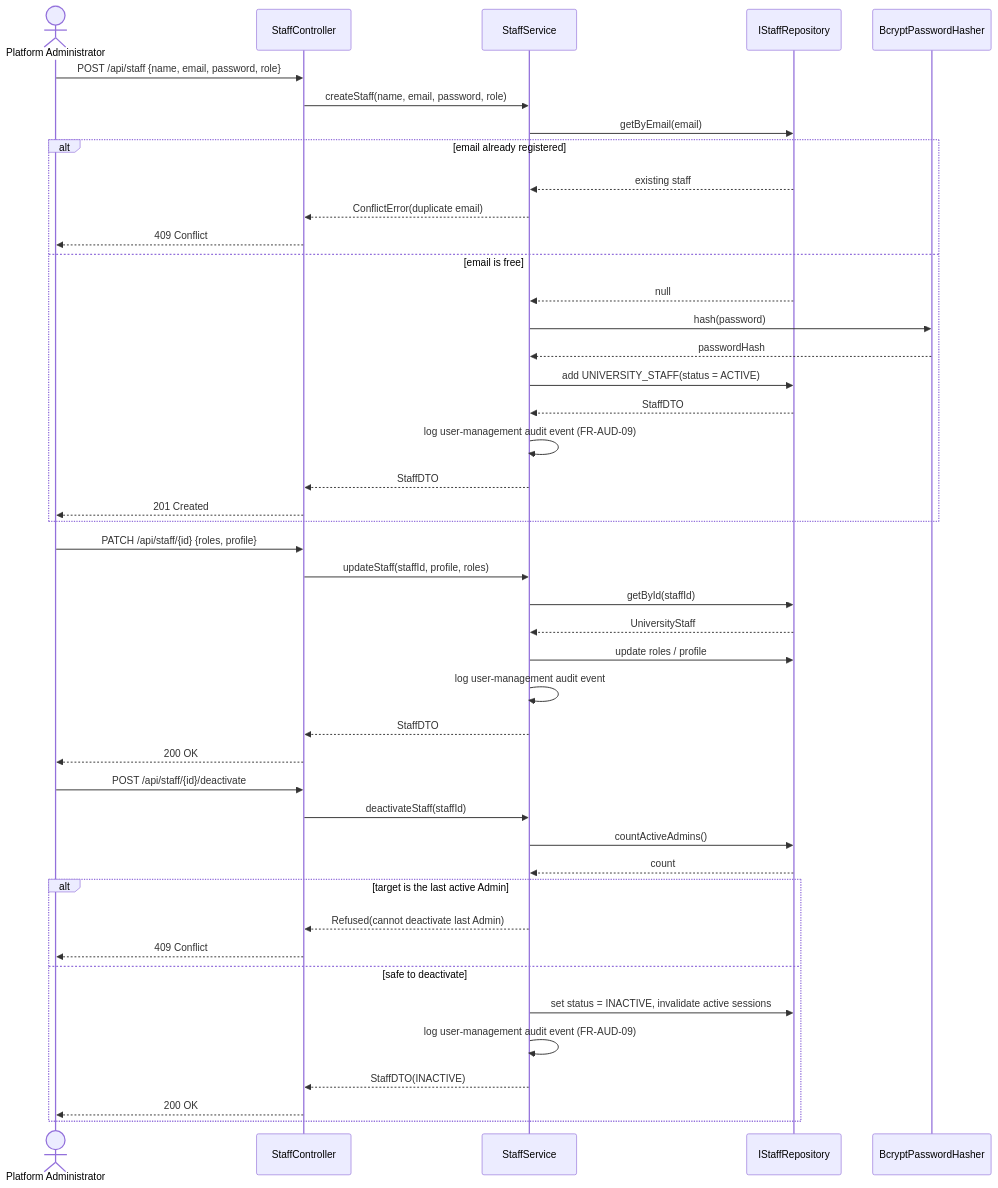
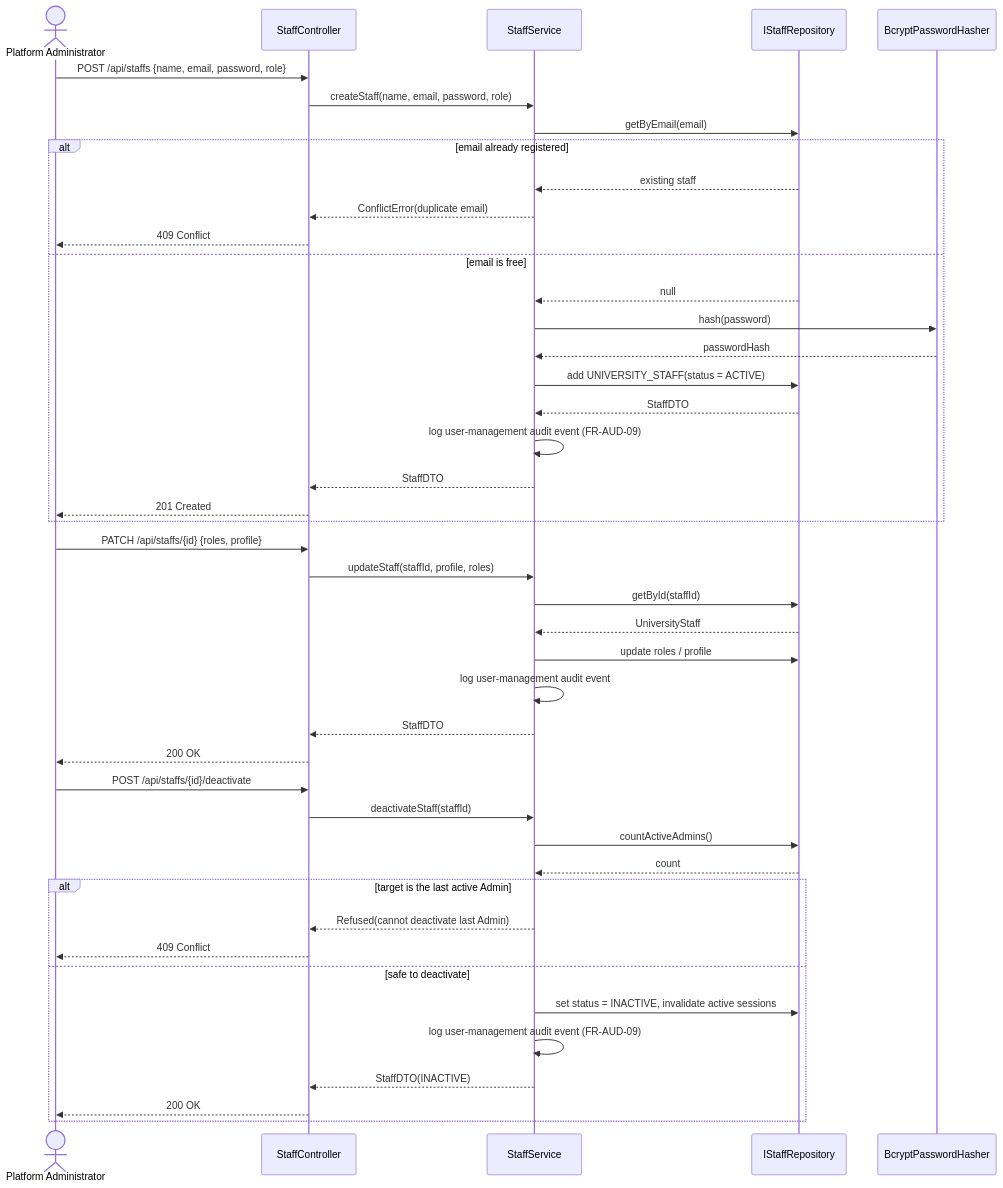
Before and after one commit to huypengin/UniDipVeri: diagram 14 of 15 in docs/03-design/Sequence_Diagram.md, drawn with Mermaid. The commit also changed other lines of this file and 5 other files, not shown here.

First line of the commit message:
refactor(api): rename staff endpoints to plural and split login per role

````diff
--- a/docs/03-design/Sequence_Diagram.md
+++ b/docs/03-design/Sequence_Diagram.md
@@ -586,51 +586,51 @@
 ```mermaid
 sequenceDiagram
     actor Admin as Platform Administrator
     participant SC as StaffController
     participant SS as StaffService
     participant Repo as IStaffRepository
     participant PH as BcryptPasswordHasher
 
-    Admin->>SC: POST /api/staff {name, email, password, role}
+    Admin->>SC: POST /api/staffs {name, email, password, role}
     SC->>SS: createStaff(name, email, password, role)
     SS->>Repo: getByEmail(email)
 
     alt email already registered
         Repo-->>SS: existing staff
         SS-->>SC: ConflictError(duplicate email)
         SC-->>Admin: 409 Conflict
     else email is free
         Repo-->>SS: null
         SS->>PH: hash(password)
         PH-->>SS: passwordHash
         SS->>Repo: add UNIVERSITY_STAFF(status = ACTIVE)
         Repo-->>SS: StaffDTO
         SS->>SS: log user-management audit event (FR-AUD-09)
         SS-->>SC: StaffDTO
         SC-->>Admin: 201 Created
     end
 
-    Admin->>SC: PATCH /api/staff/{id} {roles, profile}
+    Admin->>SC: PATCH /api/staffs/{id} {roles, profile}
     SC->>SS: updateStaff(staffId, profile, roles)
     SS->>Repo: getById(staffId)
     Repo-->>SS: UniversityStaff
     SS->>Repo: update roles / profile
     SS->>SS: log user-management audit event
     SS-->>SC: StaffDTO
     SC-->>Admin: 200 OK
 
-    Admin->>SC: POST /api/staff/{id}/deactivate
+    Admin->>SC: POST /api/staffs/{id}/deactivate
     SC->>SS: deactivateStaff(staffId)
     SS->>Repo: countActiveAdmins()
     Repo-->>SS: count
 
     alt target is the last active Admin
         SS-->>SC: Refused(cannot deactivate last Admin)
         SC-->>Admin: 409 Conflict
     else safe to deactivate
         SS->>Repo: set status = INACTIVE, invalidate active sessions
         SS->>SS: log user-management audit event (FR-AUD-09)
         SS-->>SC: StaffDTO(INACTIVE)
         SC-->>Admin: 200 OK
     end
 ```
````
